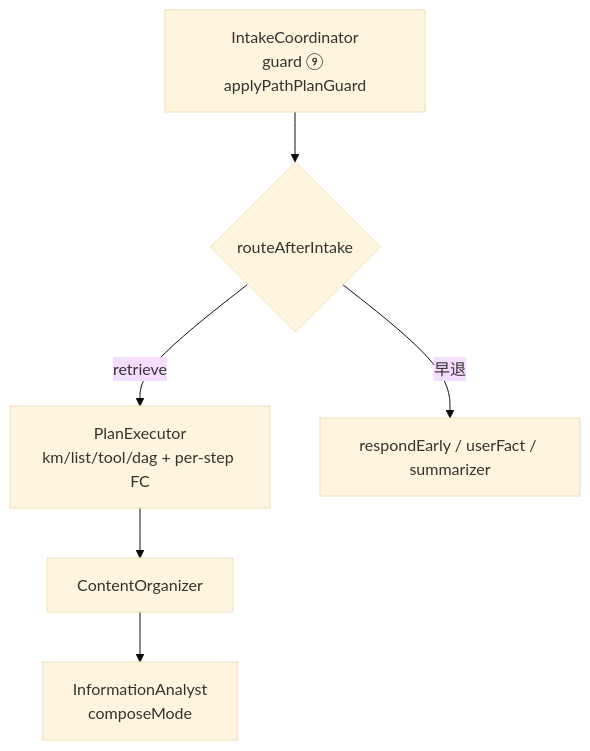
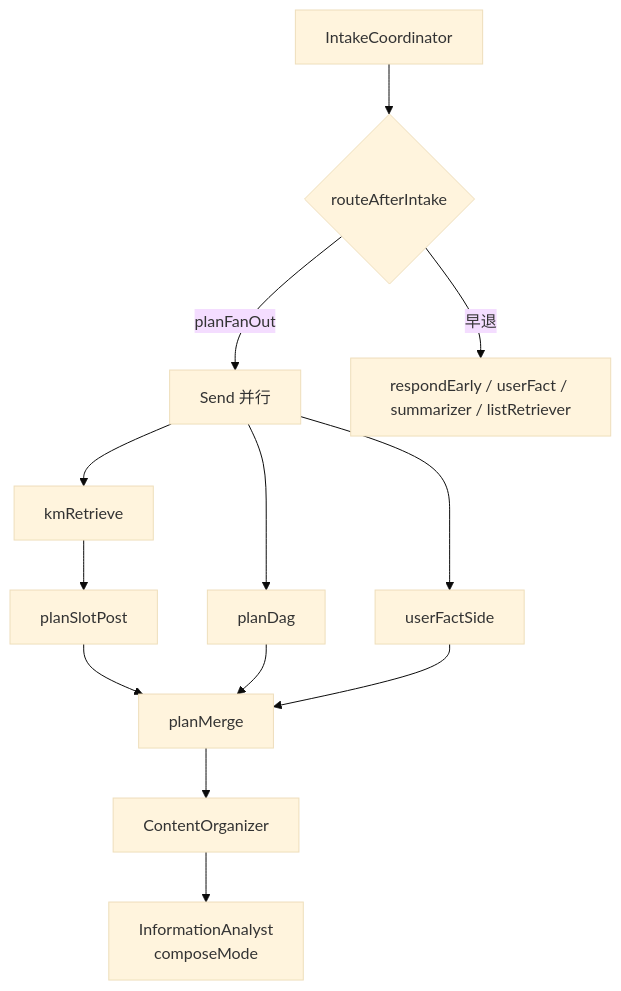
One commit to panzhanfei/agent changed the fourth of 4 diagrams in docs/05-architecture-v2-tool-orchestration.md. Above: the diagram before and after it, drawn with Mermaid (base theme). The commit also changed other lines of this file and 81 other files, not shown here.

````diff
--- a/docs/05-architecture-v2-tool-orchestration.md
+++ b/docs/05-architecture-v2-tool-orchestration.md
@@ -289,8 +308,15 @@
 ```mermaid
 flowchart TD
-  IC[IntakeCoordinator<br/>guard ⑨ applyPathPlanGuard] --> R{routeAfterIntake}
-  R -->|retrieve| PE[PlanExecutor<br/>km/list/tool/dag + per-step FC]
-  R -->|早退| EARLY[respondEarly / userFact / summarizer]
-  PE --> CO[ContentOrganizer]
+  IC[IntakeCoordinator] --> R{routeAfterIntake}
+  R -->|planFanOut| S[Send 并行]
+  S --> PS[kmRetrieve]
+  S --> PD[planDag]
+  S --> UF[userFactSide]
+  PS --> POST[planSlotPost]
+  POST --> M[planMerge]
+  PD --> M
+  UF --> M
+  R -->|早退| EARLY[respondEarly / userFact / summarizer / listRetriever]
+  M --> CO[ContentOrganizer]
   CO --> IA[InformationAnalyst<br/>composeMode]
 ```
````
